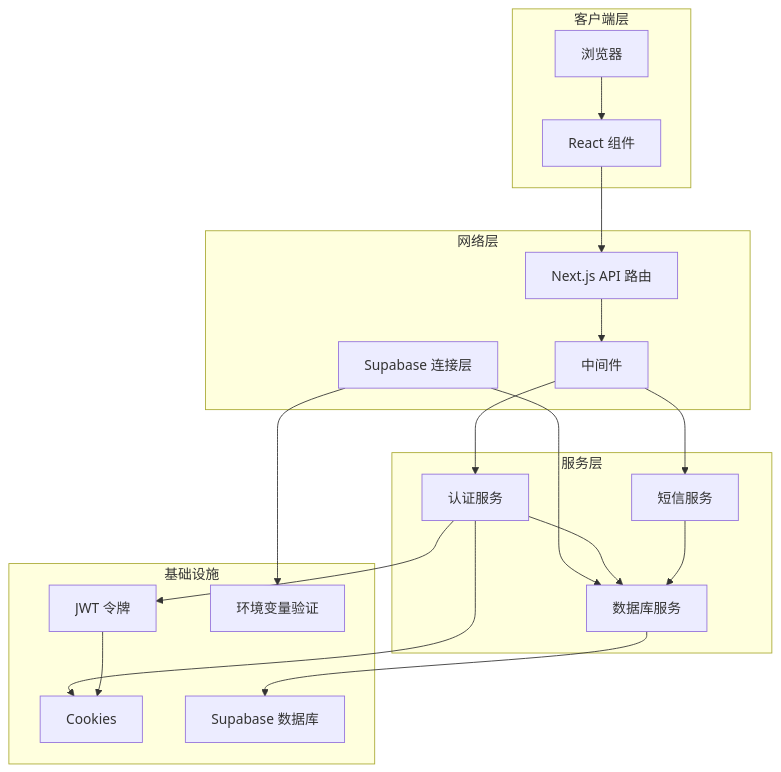
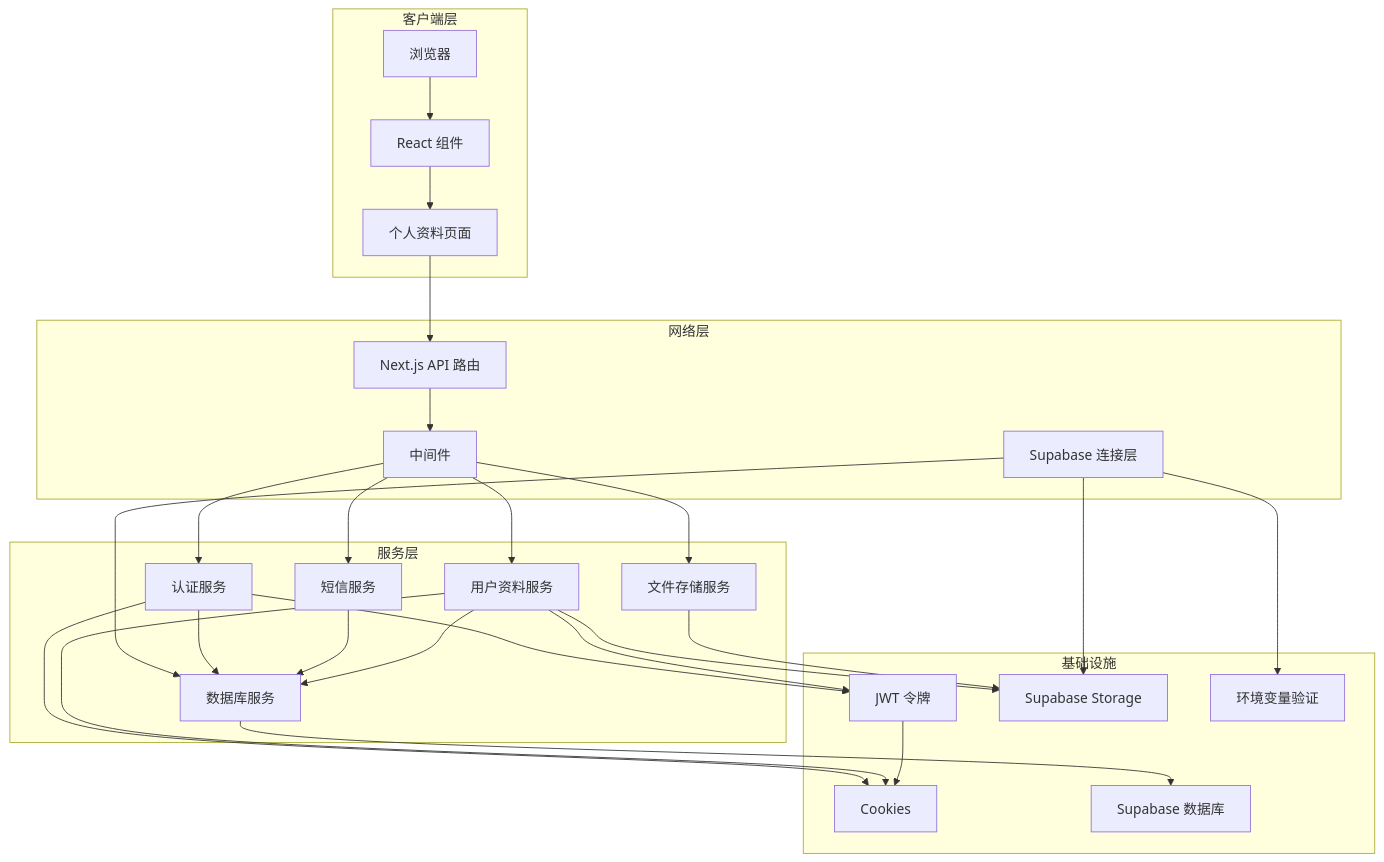
The second of 9 diagrams in .qoder/repowiki/zh/content/核心功能模块/用户认证系统.md (billye220670/BananaFlow2), drawn with Mermaid before and after one commit. The commit also changed other lines of this file and 19 other files, not shown here.

````diff
--- a/.qoder/repowiki/zh/content/核心功能模块/用户认证系统.md
+++ b/.qoder/repowiki/zh/content/核心功能模块/用户认证系统.md
@@ -148,36 +187,49 @@
 ```mermaid
 graph TB
 subgraph "客户端层"
 A[浏览器]
 B[React 组件]
+C[个人资料页面]
 end
 subgraph "网络层"
-C[Next.js API 路由]
-D[中间件]
-E[Supabase 连接层]
+D[Next.js API 路由]
+E[中间件]
+F[Supabase 连接层]
 end
 subgraph "服务层"
-F[认证服务]
-G[短信服务]
-H[数据库服务]
+G[认证服务]
+H[短信服务]
+I[用户资料服务]
+J[文件存储服务]
+K[数据库服务]
 end
 subgraph "基础设施"
-I[JWT 令牌]
-J[Cookies]
-K[Supabase 数据库]
-L[环境变量验证]
+L[JWT 令牌]
+M[Cookies]
+N[Supabase 数据库]
+O[Supabase Storage]
+P[环境变量验证]
 end
 A --> B
 B --> C
 C --> D
-D --> F
-D --> G
+D --> E
+E --> G
 E --> H
-F --> H
-G --> H
+E --> I
+E --> J
+F --> K
+F --> O
+G --> K
 H --> K
-E --> L
-F --> I
-F --> J
-I --> J
+I --> K
+I --> O
+J --> O
+K --> N
+F --> P
+G --> L
+G --> M
+I --> L
+I --> M
+L --> M
 ```
````
